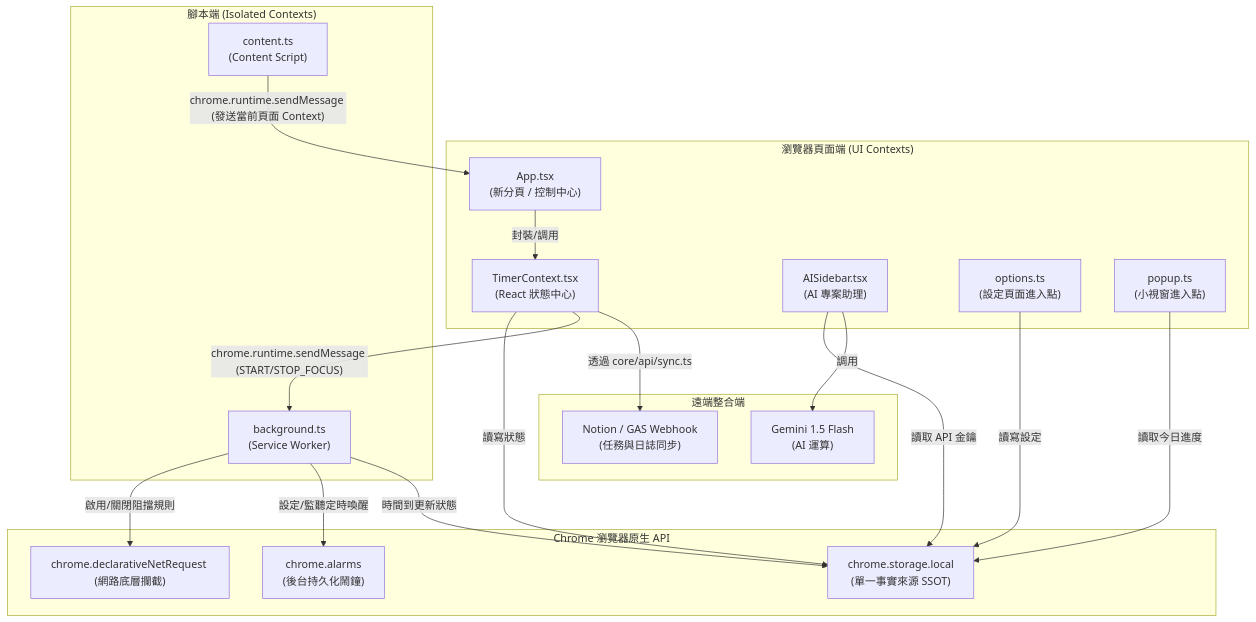
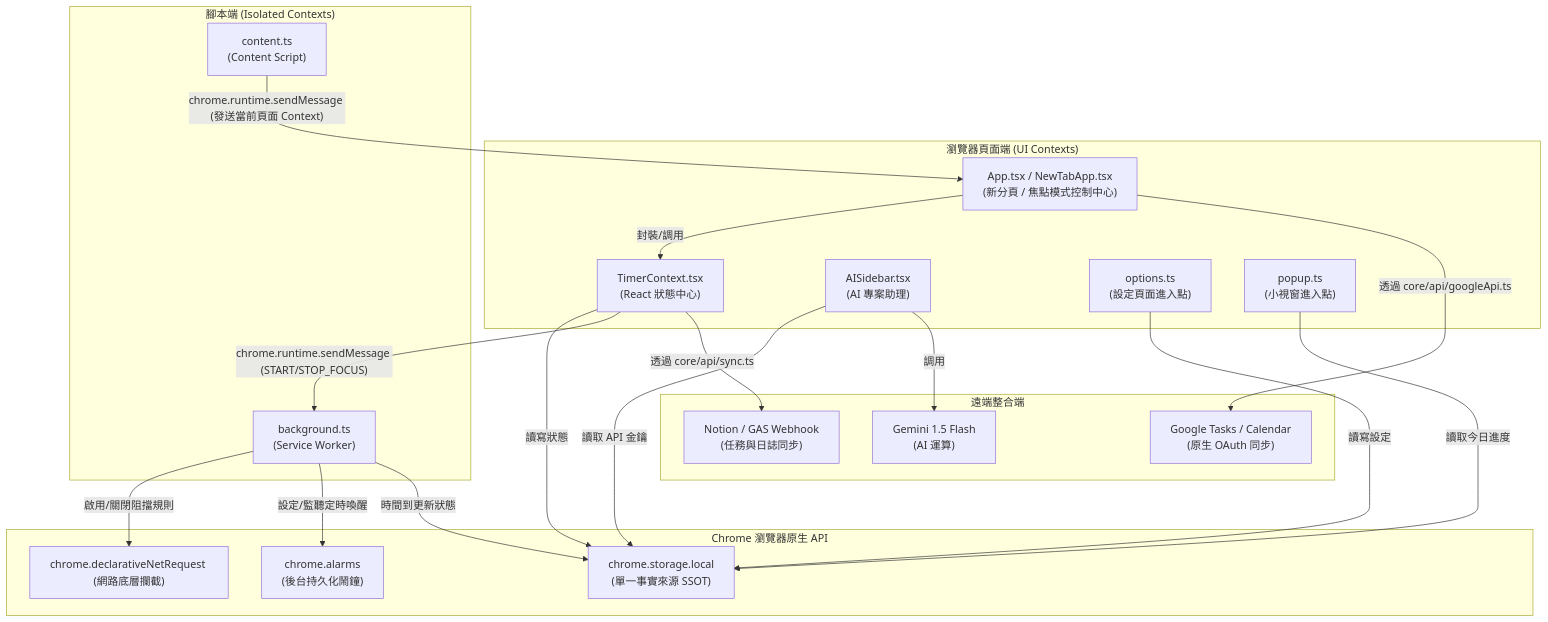
Before and after one commit to lmyBTC/chrome-plus-: the fourth of 4 diagrams in chrome_scrumclock/docs/workflow-flowchart.md, drawn with Mermaid. The commit also changed other lines of this file and 24 other files, not shown here.

````diff
--- a/chrome_scrumclock/docs/workflow-flowchart.md
+++ b/chrome_scrumclock/docs/workflow-flowchart.md
@@ -278,47 +282,49 @@
 ```mermaid
 graph TD
     %% 定義節點
     subgraph UI_Contexts ["瀏覽器頁面端 (UI Contexts)"]
-        App["App.tsx <br/>(新分頁 / 控制中心)"]
+        App["App.tsx / NewTabApp.tsx <br/>(新分頁 / 焦點模式控制中心)"]
         TimerCtx["TimerContext.tsx <br/>(React 狀態中心)"]
         AISidebar["AISidebar.tsx <br/>(AI 專案助理)"]
         OptionsTS["options.ts <br/>(設定頁面進入點)"]
         PopupTS["popup.ts <br/>(小視窗進入點)"]
     end
 
     subgraph Scripts ["腳本端 (Isolated Contexts)"]
         ContentTS["content.ts <br/>(Content Script)"]
         BGTS["background.ts <br/>(Service Worker)"]
     end
 
     subgraph NativeAPI ["Chrome 瀏覽器原生 API"]
         Storage["chrome.storage.local <br/>(單一事實來源 SSOT)"]
         DNR["chrome.declarativeNetRequest <br/>(網路底層攔截)"]
         Alarms["chrome.alarms <br/>(後台持久化鬧鐘)"]
     end
 
     subgraph Remote ["遠端整合端"]
         GeminiAPI["Gemini 1.5 Flash <br/>(AI 運算)"]
         NotionGAS["Notion / GAS Webhook <br/>(任務與日誌同步)"]
+        GoogleAPI["Google Tasks / Calendar <br/>(原生 OAuth 同步)"]
     end
 
     %% 通信與依賴關係
     App -->|封裝/調用| TimerCtx
     TimerCtx -->|讀寫狀態| Storage
     OptionsTS -->|讀寫設定| Storage
     PopupTS -->|讀取今日進度| Storage
     AISidebar -->|讀取 API 金鑰| Storage
 
     %% 訊息傳遞
     TimerCtx -->|"chrome.runtime.sendMessage <br/>(START/STOP_FOCUS)"| BGTS
     ContentTS -->|"chrome.runtime.sendMessage <br/>(發送當前頁面 Context)"| App
 
     %% 背景程式運作
     BGTS -->|啟用/關閉阻擋規則| DNR
     BGTS -->|設定/監聽定時喚醒| Alarms
     BGTS -->|時間到更新狀態| Storage
 
     %% API 呼叫
     AISidebar -->|調用| GeminiAPI
     TimerCtx -->|透過 core/api/sync.ts| NotionGAS
+    App -->|透過 core/api/googleApi.ts| GoogleAPI
 ```
````
